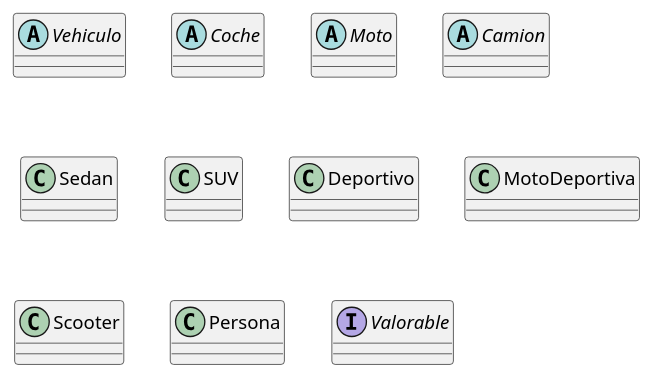
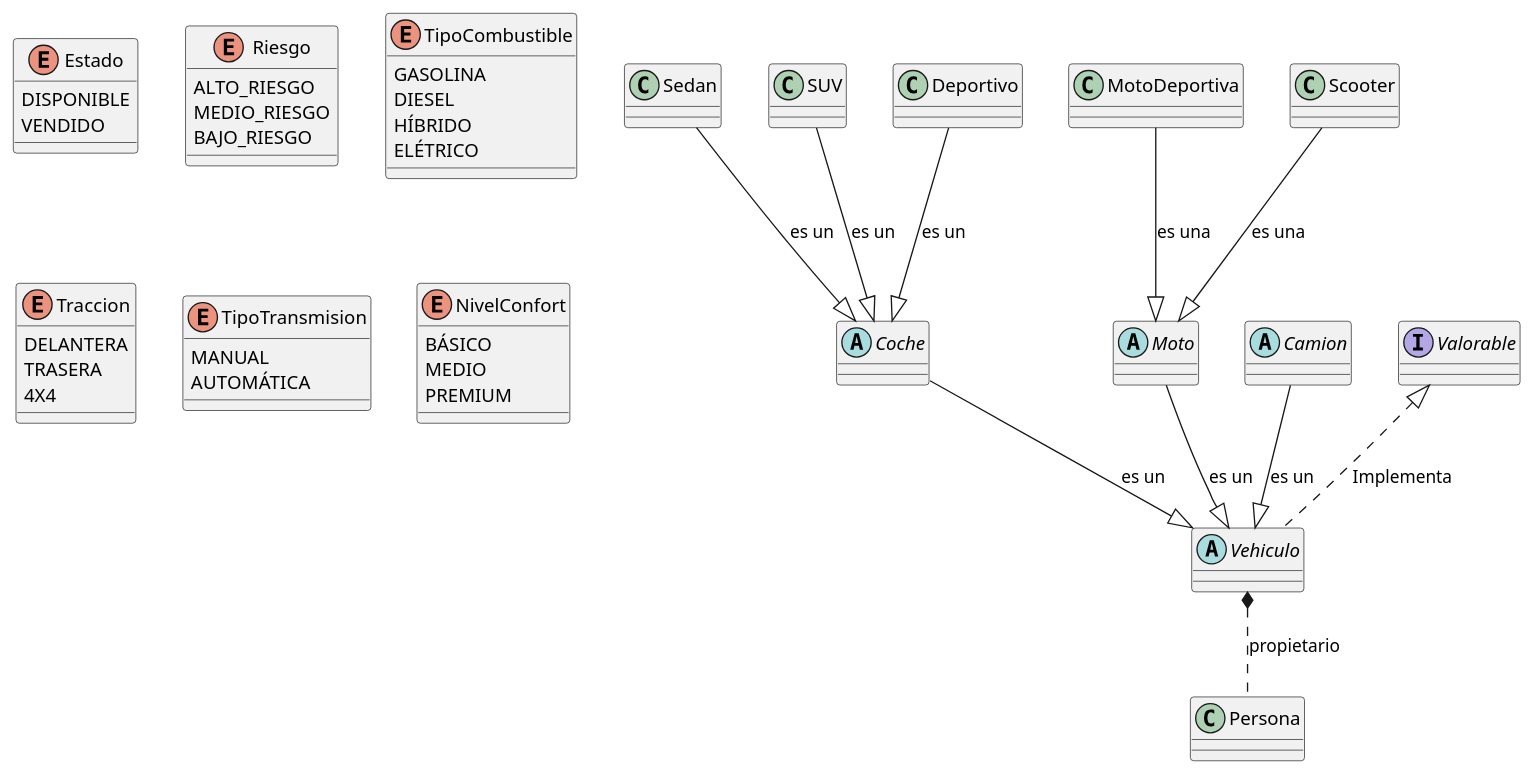
Before and after one commit to emgh7453/UT5_ED_Prog: the diagram in Diagrama.puml, drawn with PlantUML. The commit also changed 3 other files, not shown here.

Commit message:
Primer Diagrama Terminado

```diff
--- a/Diagrama.puml
+++ b/Diagrama.puml
@@ -1,13 +1,60 @@
 @startuml
 abstract class Vehiculo.
 abstract class Coche
 abstract class Moto
 abstract class Camion
 class Sedan
 class SUV
 class Deportivo
 class MotoDeportiva
 class Scooter
 class Persona
 interface Valorable
+
+
+Camion --|> Vehiculo : es un
+Vehiculo *.. Persona : propietario
+Valorable <|.. Vehiculo : Implementa
+Coche --|> Vehiculo : es un
+Sedan --|> Coche : es un
+Deportivo --|> Coche : es un
+SUV --|> Coche : es un
+Moto --|> Vehiculo : es un
+Scooter --|> Moto : es una
+MotoDeportiva --|> Moto : es una
+
+enum Estado {
+  DISPONIBLE
+  VENDIDO
+}
+
+enum Riesgo {
+ALTO_RIESGO
+MEDIO_RIESGO
+BAJO_RIESGO
+}
+
+enum TipoCombustible{
+GASOLINA
+DIESEL
+HÍBRIDO
+ELÉTRICO
+}
+
+enum Traccion {
+DELANTERA
+TRASERA
+4X4
+}
+
+enum TipoTransmision {
+MANUAL
+AUTOMÁTICA
+}
+
+enum NivelConfort {
+BÁSICO
+MEDIO
+PREMIUM
+}
 @enduml
```
